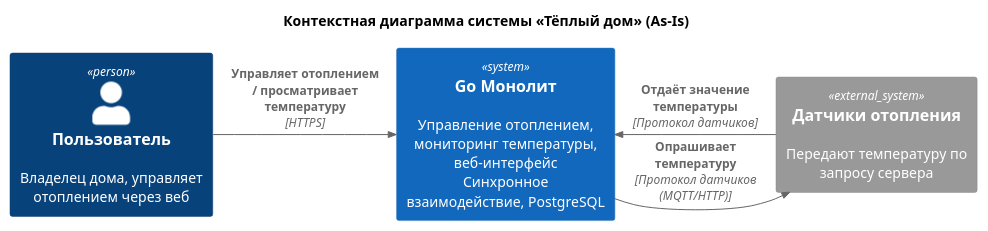
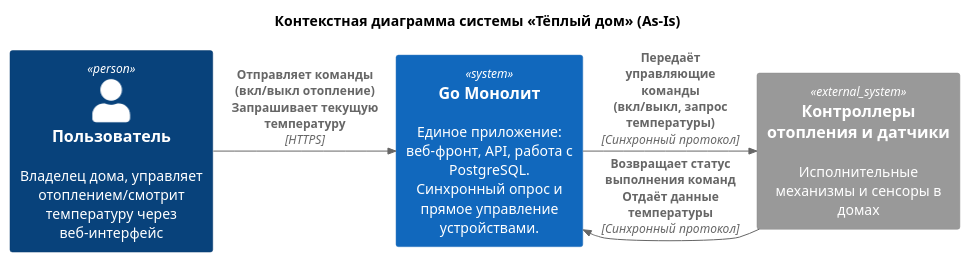
Before and after one commit to agr333221/warmhouse-project: the diagram in diagrams/context-diagram.puml, drawn with PlantUML. The commit also changed 2 other files, not shown here.

```diff
--- a/diagrams/context-diagram.puml
+++ b/diagrams/context-diagram.puml
@@ -1,15 +1,16 @@
 @startuml
 !include https://raw.githubusercontent.com/plantuml-stdlib/C4-PlantUML/master/C4_Context.puml
 
 title Контекстная диаграмма системы «Тёплый дом» (As-Is)
 
-Person(user, "Пользователь", "Владелец дома, управляет отоплением через веб")
-System_Ext(sensor, "Датчики отопления", "Передают температуру по запросу сервера")
+Person(user, "Пользователь", "Владелец дома, управляет отоплением/смотрит температуру через веб-интерфейс")
+System_Ext(heating_devices, "Контроллеры отопления и датчики", "Исполнительные механизмы и сенсоры в домах")
 
-System(monolith, "Go Монолит", "Управление отоплением, мониторинг температуры, веб-интерфейс\nСинхронное взаимодействие, PostgreSQL")
+System(monolith, "Go Монолит", "Единое приложение: веб-фронт, API, работа с PostgreSQL.\nСинхронный опрос и прямое управление устройствами.")
 
-Rel_R(user, monolith, "Управляет отоплением / просматривает температуру", "HTTPS")
-Rel_R(monolith, sensor, "Опрашивает температуру", "Протокол датчиков (MQTT/HTTP)")
-Rel_L(sensor, monolith, "Отдаёт значение температуры", "Протокол датчиков")
+Rel_R(user, monolith, "Отправляет команды (вкл/выкл отопление)\nЗапрашивает текущую температуру", "HTTPS")
+
+Rel_R(monolith, heating_devices, "Передаёт управляющие команды\n(вкл/выкл, запрос температуры)", "Синхронный протокол")
+Rel_L(heating_devices, monolith, "Возвращает статус выполнения команд\nОтдаёт данные температуры", "Синхронный протокол")
 
 @enduml
```
